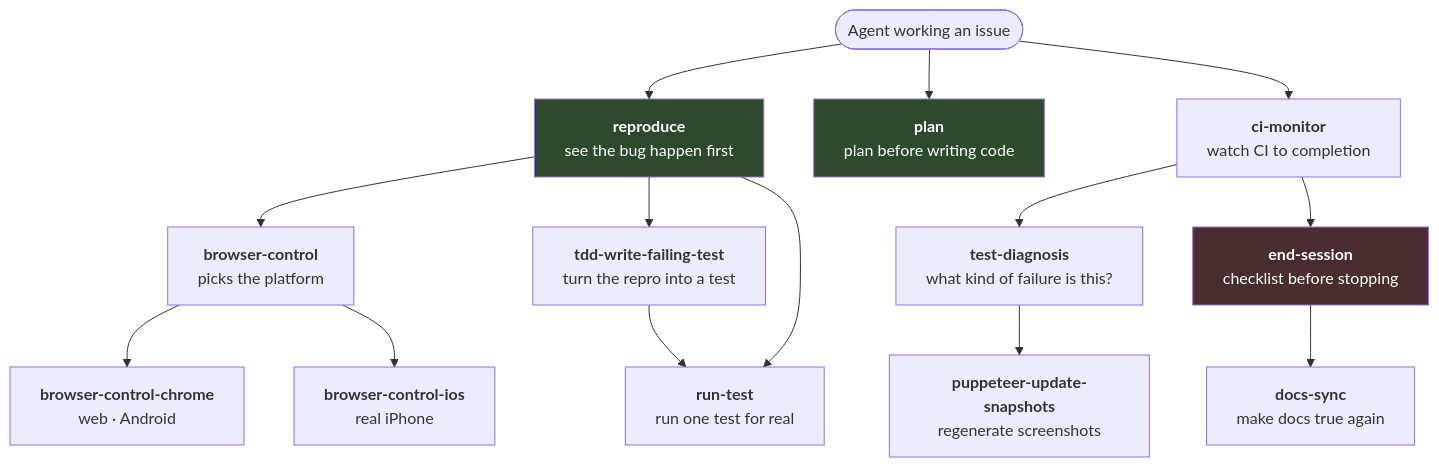
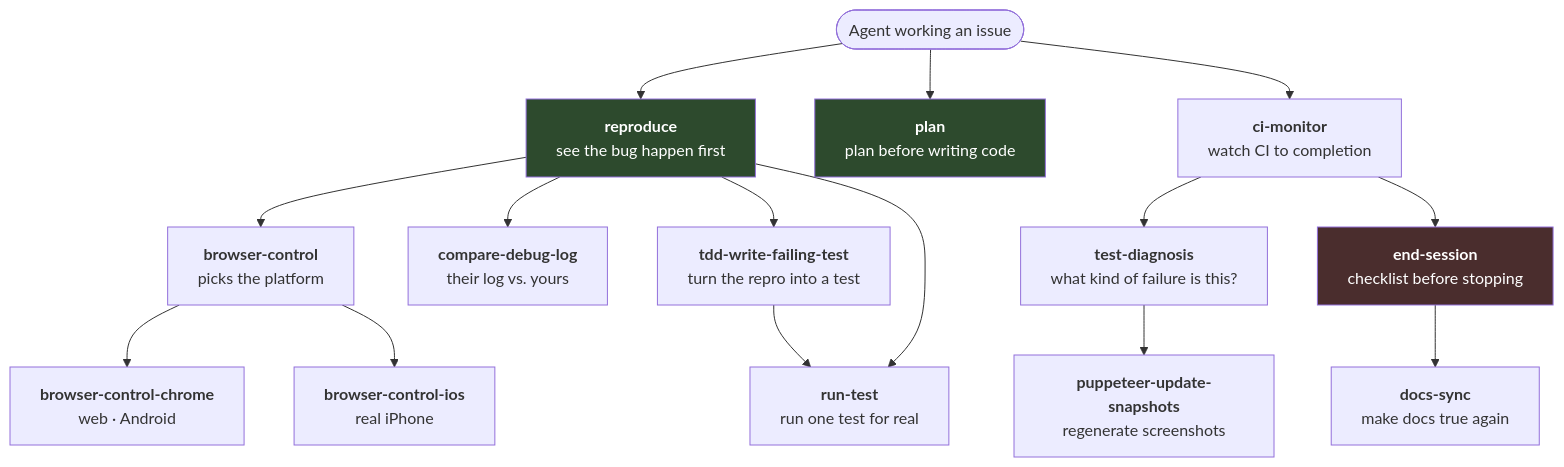
One commit to cybersemics/em changed the diagram in docs/agents/skills.md. Above: the diagram before and after it, drawn with Mermaid. The commit also changed other lines of this file and 16 other files, not shown here.

First line of the commit message:
Compare a reporter's Debug Log against one captured while reproducing (#5547)

````diff
--- a/docs/agents/skills.md
+++ b/docs/agents/skills.md
@@ -16,38 +16,40 @@
 ```mermaid
 flowchart TD
     START(["Agent working an issue"])
 
     START --> REP["<b>reproduce</b><br/>see the bug happen first"]
     START --> PL["<b>plan</b><br/>plan before writing code"]
     START --> CM["<b>ci-monitor</b><br/>watch CI to completion"]
 
     REP --> BC["<b>browser-control</b><br/>picks the platform"]
     BC --> BCC["<b>browser-control-chrome</b><br/>web · Android"]
     BC --> BCI["<b>browser-control-ios</b><br/>real iPhone"]
+    REP --> CDL["<b>compare-debug-log</b><br/>their log vs. yours"]
     REP --> TDD["<b>tdd-write-failing-test</b><br/>turn the repro into a test"]
     TDD --> RT["<b>run-test</b><br/>run one test for real"]
     REP --> RT
 
     CM --> TD["<b>test-diagnosis</b><br/>what kind of failure is this?"]
     TD --> PUS["<b>puppeteer-update-snapshots</b><br/>regenerate screenshots"]
 
     CM --> ES["<b>end-session</b><br/>checklist before stopping"]
     ES --> DS["<b>docs-sync</b><br/>make docs true again"]
 
     style REP fill:#2d4a2d,color:#fff
     style PL fill:#2d4a2d,color:#fff
     style ES fill:#4a2d2d,color:#fff
 
     click REP "https://github.com/cybersemics/em/blob/HEAD/docs/agents/skills.md#reproduce" "reproduce — see the failure before investigating"
     click PL "https://github.com/cybersemics/em/blob/HEAD/docs/agents/skills.md#plan" "plan — plan and critique before implementing"
     click ES "https://github.com/cybersemics/em/blob/HEAD/docs/agents/skills.md#end-session" "end-session — the exit checklist"
     click DS "https://github.com/cybersemics/em/blob/HEAD/docs/agents/skills.md#docs-sync" "docs-sync — keep documentation true"
     click BC "https://github.com/cybersemics/em/blob/HEAD/docs/agents/skills.md#browser-control" "browser-control — routes by platform"
     click BCC "https://github.com/cybersemics/em/blob/HEAD/docs/agents/skills.md#browser-control-chrome" "browser-control-chrome — web and Android"
     click BCI "https://github.com/cybersemics/em/blob/HEAD/docs/agents/skills.md#browser-control-ios" "browser-control-ios — real iPhone"
+    click CDL "https://github.com/cybersemics/em/blob/HEAD/docs/agents/skills.md#compare-debug-log" "compare-debug-log — where their run and yours parted"
     click TDD "https://github.com/cybersemics/em/blob/HEAD/docs/agents/skills.md#tdd-write-failing-test" "tdd-write-failing-test — capture the bug"
     click RT "https://github.com/cybersemics/em/blob/HEAD/docs/agents/skills.md#run-test" "run-test — run one test for real"
     click CM "https://github.com/cybersemics/em/blob/HEAD/docs/agents/skills.md#ci-monitor" "ci-monitor — wait for every check"
     click TD "https://github.com/cybersemics/em/blob/HEAD/docs/agents/skills.md#test-diagnosis" "test-diagnosis — classify the failure"
     click PUS "https://github.com/cybersemics/em/blob/HEAD/docs/agents/skills.md#puppeteer-update-snapshots" "puppeteer-update-snapshots — regenerate screenshots"
 ```
````
